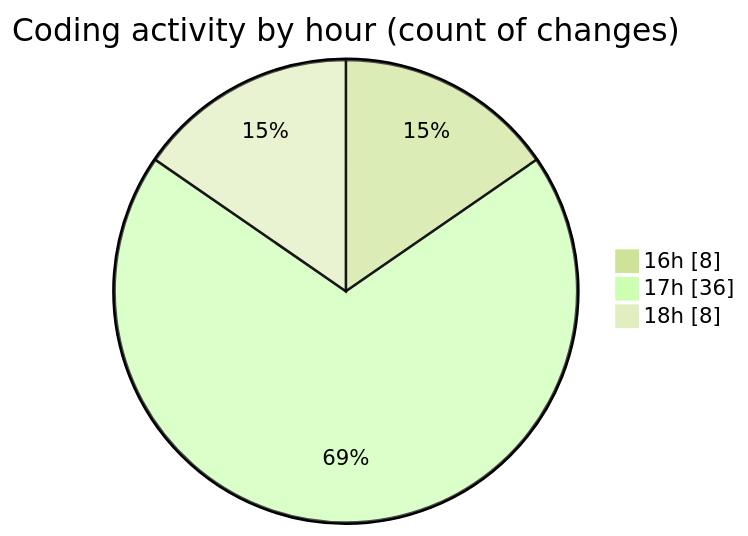
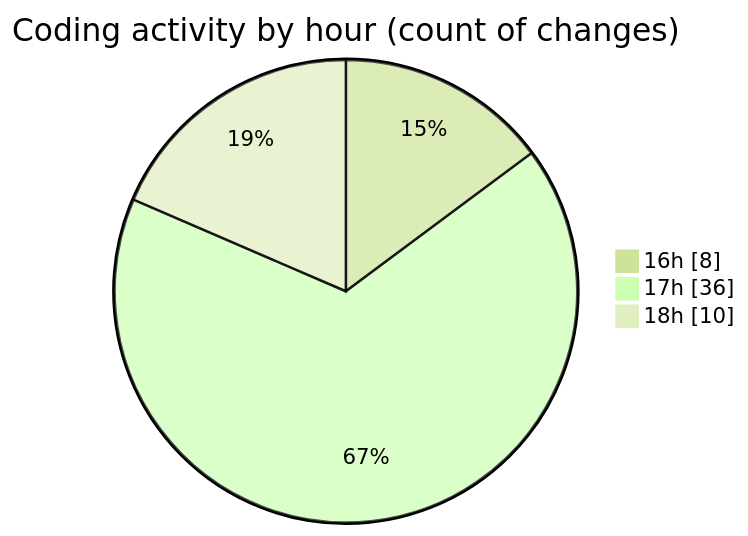
Before and after one commit to robertbonfada/code-tracking: the second of 2 diagrams in 2025-01-08/mbc-web/README.md, drawn with Mermaid (forest theme). The commit also changed other lines of this file and 1 other file, not shown here.

````diff
--- a/2025-01-08/mbc-web/README.md
+++ b/2025-01-08/mbc-web/README.md
@@ -44,7 +44,7 @@
 ```mermaid
 pie showData
 title Coding activity by hour (count of changes)
 "16h" : 8
 "17h" : 36
-"18h" : 8
+"18h" : 10
 ```
````
